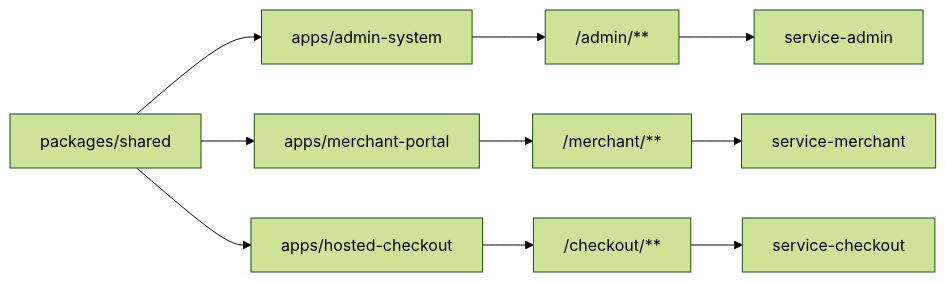
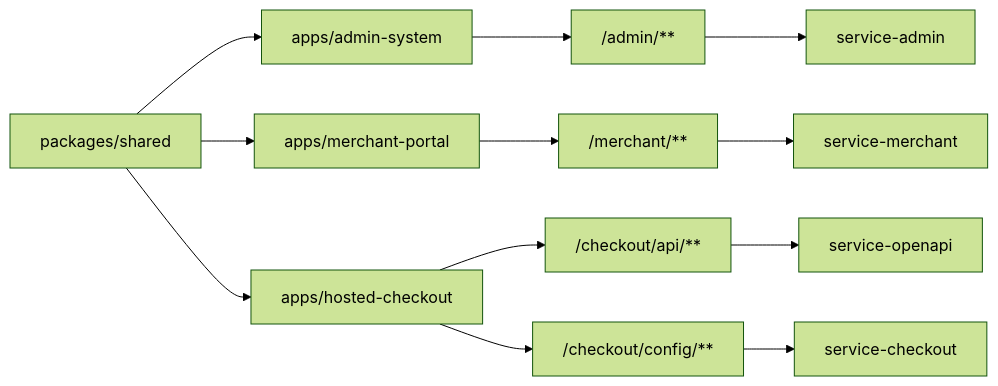
Before and after one commit to wikerx/acquiring-orchestration: the fourth of 4 diagrams in docs/architecture/system-architecture.md, drawn with Mermaid (forest theme). The commit also changed other lines of this file and 113 other files, not shown here.

````diff
--- a/docs/architecture/system-architecture.md
+++ b/docs/architecture/system-architecture.md
@@ -325,14 +325,16 @@
 ```mermaid
 flowchart LR
     Shared["packages/shared"] --> AdminWeb["apps/admin-system"]
     Shared --> MerchantWeb["apps/merchant-portal"]
     Shared --> CheckoutWeb["apps/hosted-checkout"]
 
     AdminWeb --> AdminApi["/admin/**"]
     MerchantWeb --> MerchantApi["/merchant/**"]
-    CheckoutWeb --> CheckoutApi["/checkout/**"]
+    CheckoutWeb --> CheckoutApi["/checkout/api/**"]
+    CheckoutWeb --> CheckoutConfig["/checkout/config/**"]
 
     AdminApi --> Admin["service-admin"]
     MerchantApi --> Merchant["service-merchant"]
-    CheckoutApi --> Checkout["service-checkout"]
+    CheckoutApi --> OpenAPI["service-openapi"]
+    CheckoutConfig --> Checkout["service-checkout"]
 ```
````
